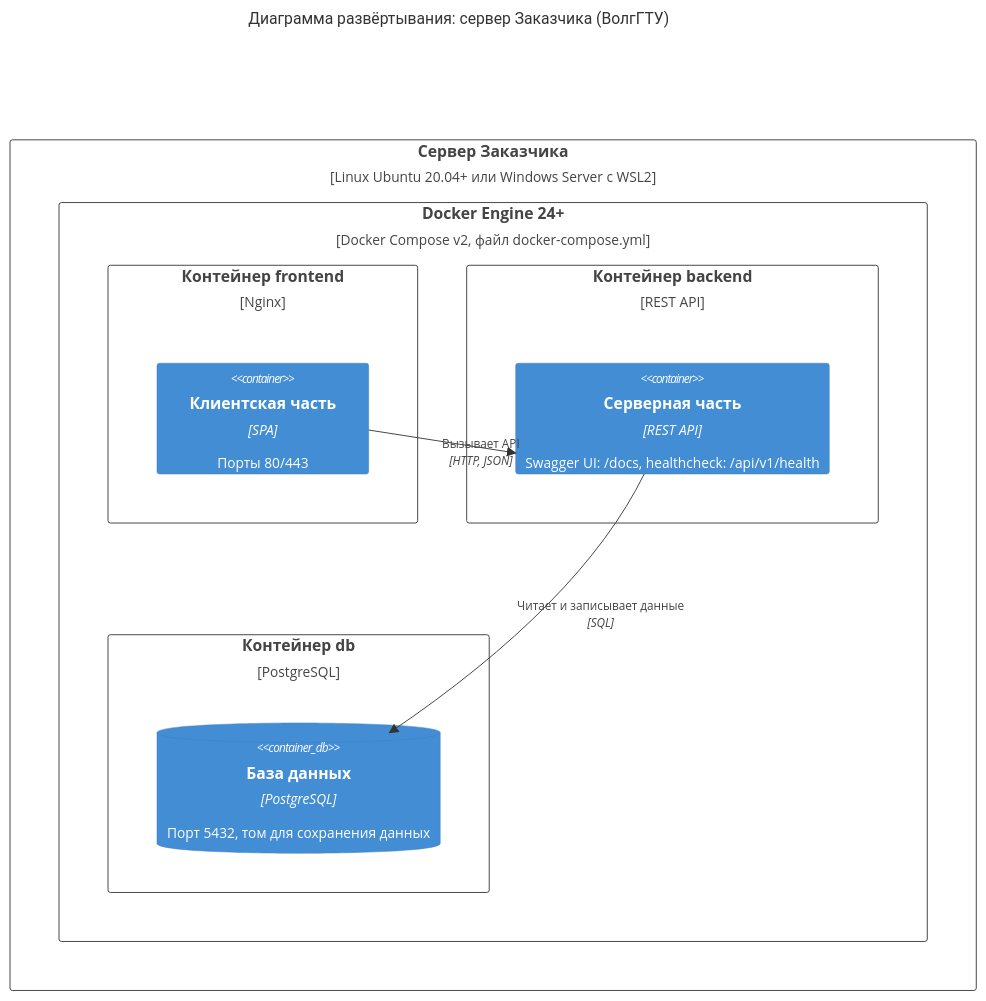
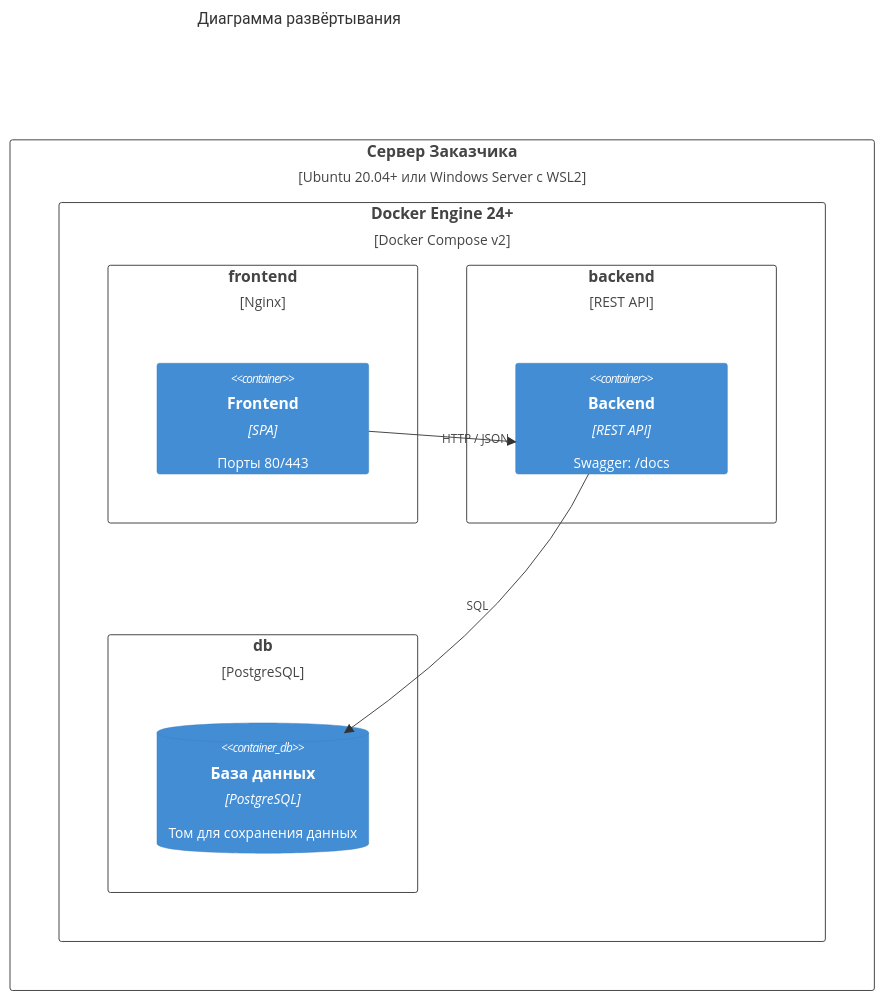
The fourth of 4 diagrams in docs/C4 model.md (pozhilaya-shinshilla/Learning-Materials-Management-Software), drawn with Mermaid before and after one commit. The commit also changed other lines of this file, not shown here.

````diff
--- a/docs/C4 model.md
+++ b/docs/C4 model.md
@@ -114,22 +102,21 @@
 ```mermaid
-%%{init: {'theme': 'base', 'themeVariables': {'fontFamily': 'Arial, sans-serif', 'fontSize': '16px'}}}%%
 C4Deployment
-title Диаграмма развёртывания: сервер Заказчика (ВолгГТУ)
+    title Диаграмма развёртывания
 
-Deployment_Node(server, "Сервер Заказчика", "Linux Ubuntu 20.04+ или Windows Server с WSL2") {
-    Deployment_Node(docker, "Docker Engine 24+", "Docker Compose v2, файл docker-compose.yml") {
-        Deployment_Node(feNode, "Контейнер frontend", "Nginx") {
-            Container(frontend, "Клиентская часть", "SPA", "Порты 80/443")
-        }
-        Deployment_Node(beNode, "Контейнер backend", "REST API") {
-            Container(backend, "Серверная часть", "REST API", "Swagger UI: /docs, healthcheck: /api/v1/health")
-        }
-        Deployment_Node(dbNode, "Контейнер db", "PostgreSQL") {
-            ContainerDb(db, "База данных", "PostgreSQL", "Порт 5432, том для сохранения данных")
+    Deployment_Node(server, "Сервер Заказчика", "Ubuntu 20.04+ или Windows Server с WSL2") {
+        Deployment_Node(docker, "Docker Engine 24+", "Docker Compose v2") {
+            Deployment_Node(feNode, "frontend", "Nginx") {
+                Container(frontend, "Frontend", "SPA", "Порты 80/443")
+            }
+            Deployment_Node(beNode, "backend", "REST API") {
+                Container(backend, "Backend", "REST API", "Swagger: /docs")
+            }
+            Deployment_Node(dbNode, "db", "PostgreSQL") {
+                ContainerDb(db, "База данных", "PostgreSQL", "Том для сохранения данных")
+            }
         }
     }
-}
 
-Rel(frontend, backend, "Вызывает API", "HTTP, JSON")
-Rel(backend, db, "Читает и записывает данные", "SQL")
+    Rel_R(frontend, backend, "HTTP / JSON")
+    Rel_D(backend, db, "SQL")
 ```
````
